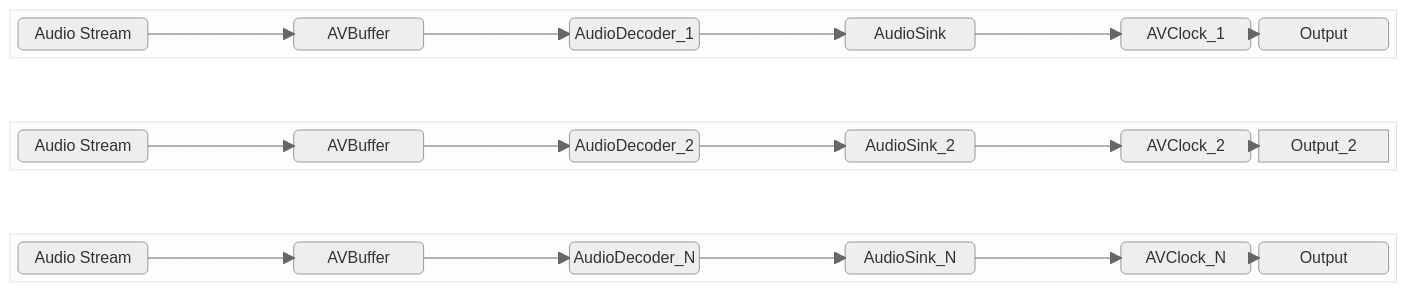
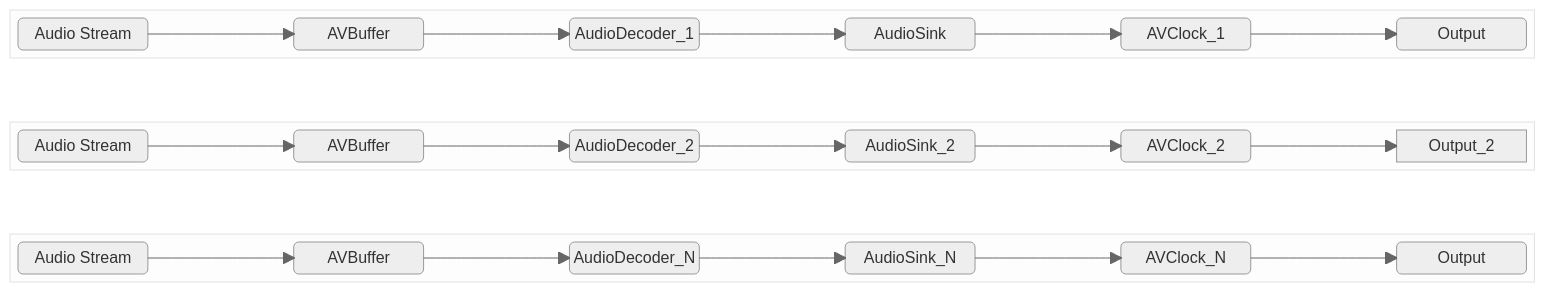
The fifth of 8 diagrams in docs/pages/avClock_High-Level-3_TestSpecification.md (davidkoo-brcm/rdk-halif-aidl-test-avclock), drawn with Mermaid (neutral theme) before and after one commit. The commit also changed other lines of this file, not shown here.

````diff
--- a/docs/pages/avClock_High-Level-3_TestSpecification.md
+++ b/docs/pages/avClock_High-Level-3_TestSpecification.md
@@ -132,30 +132,30 @@
 ```mermaid
 block-beta
 columns 1
     block:1
-        AudioStream_1("Audio Stream") space AVBuffer_1("AVBuffer") space AudioDecoder_1("AudioDecoder_1") space AudioSink_1("AudioSink") space AVClock_1("AVClock_1") Output_1("Output")
+        AudioStream_1("Audio Stream") space AVBuffer_1("AVBuffer") space AudioDecoder_1("AudioDecoder_1") space AudioSink_1("AudioSink") space AVClock_1("AVClock_1") space Output_1("Output")
         AudioStream_1 --> AVBuffer_1
         AVBuffer_1 --> AudioDecoder_1
         AudioDecoder_1 --> AudioSink_1
         AudioSink_1 --> AVClock_1
         AVClock_1 --> Output_1
     end
     space
     block:2
-        AudioStream_2("Audio Stream") space AVBuffer_2("AVBuffer") space AudioDecoder_2("AudioDecoder_2") space AudioSink_2("AudioSink_2") space AVClock_2("AVClock_2") Output_1("Output")
+        AudioStream_2("Audio Stream") space AVBuffer_2("AVBuffer") space AudioDecoder_2("AudioDecoder_2") space AudioSink_2("AudioSink_2") space AVClock_2("AVClock_2") space Output_1("Output")
         AudioStream_2 --> AVBuffer_2
         AVBuffer_2 --> AudioDecoder_2
         AudioDecoder_2 --> AudioSink_2
         AudioSink_2 --> AVClock_2
         AVClock_2 --> Output_2
     end
     space
     block:N
-        AudioStream_N("Audio Stream") space AVBuffer_N("AVBuffer") space AudioDecoder_N("AudioDecoder_N") space AudioSink_N("AudioSink_N") space AVClock_N("AVClock_N") Output_N("Output")
+        AudioStream_N("Audio Stream") space AVBuffer_N("AVBuffer") space AudioDecoder_N("AudioDecoder_N") space AudioSink_N("AudioSink_N") space AVClock_N("AVClock_N") space Output_N("Output")
         AudioStream_N --> AVBuffer_N
         AVBuffer_N --> AudioDecoder_N
         AudioDecoder_N--> AudioSink_N
         AudioSink_N --> AVClock_N
         AVClock_N --> Output_N
     end
 ```
````
